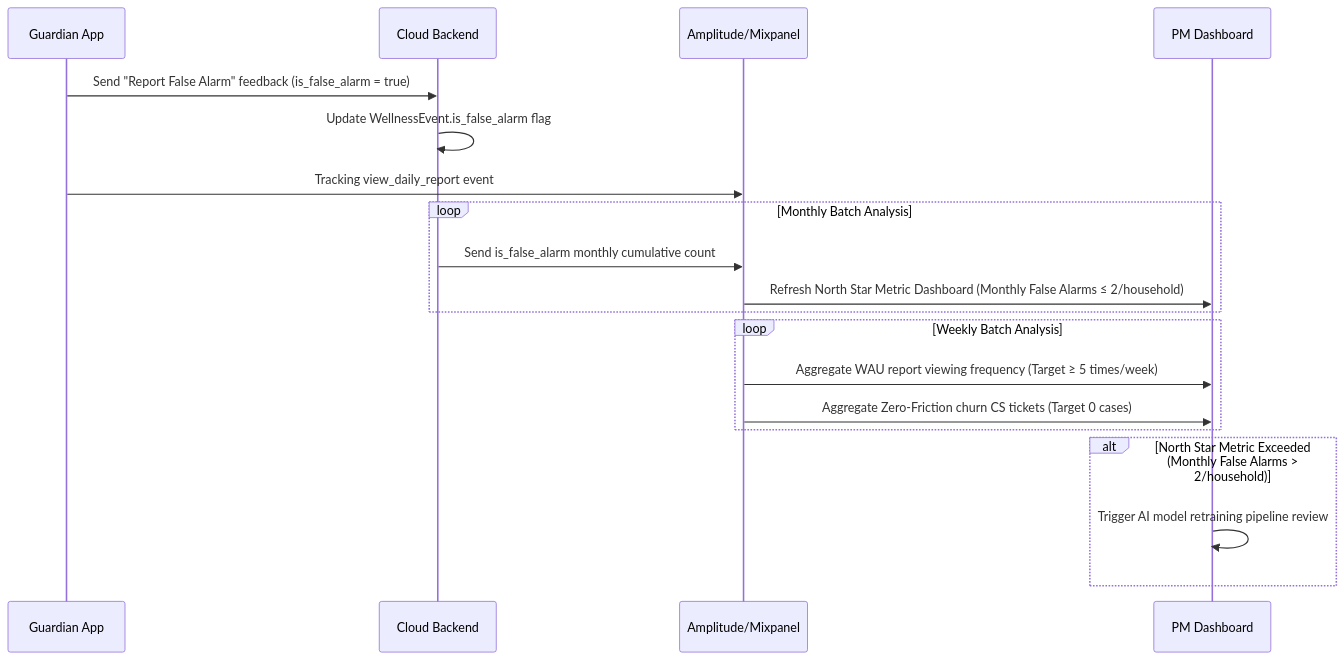
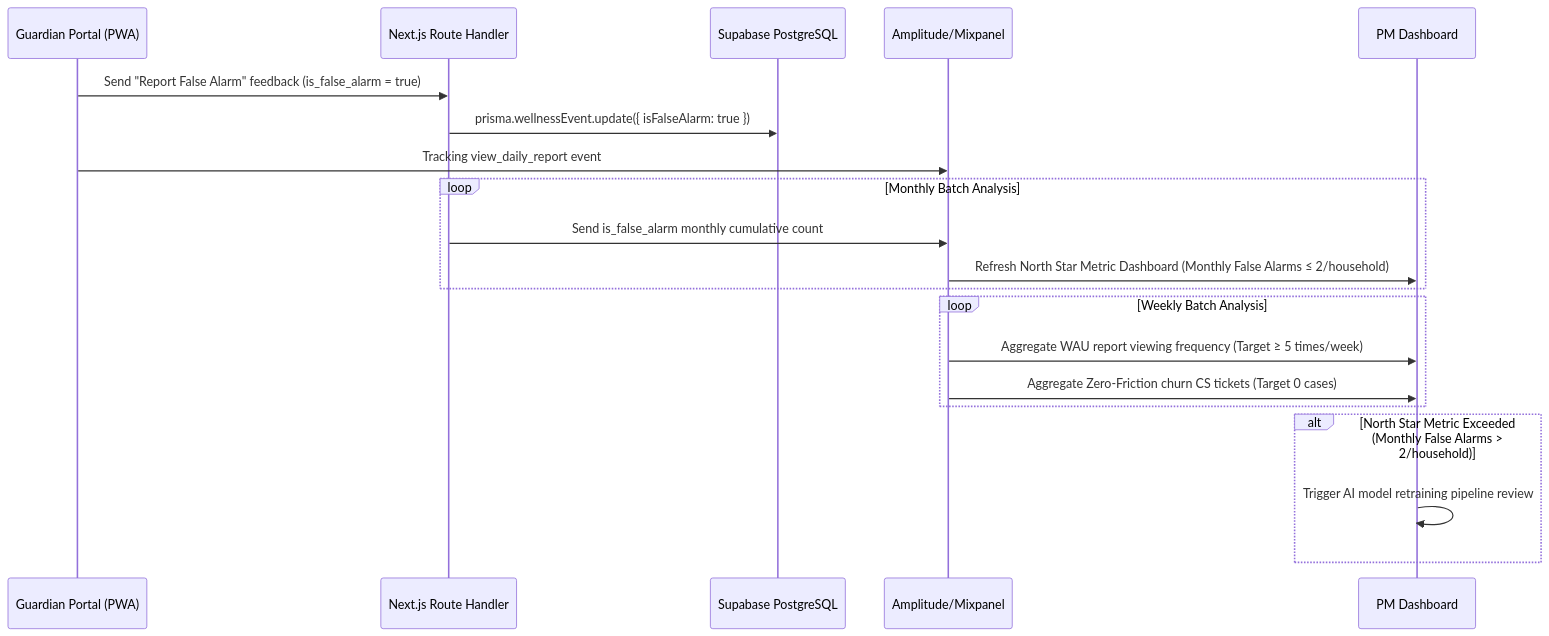
One commit to bugsmile/SRS-from-PRD_AmbieCARE changed the third of 11 diagrams in SRS-Draft/SRS_v01(ENG_OPUS).md. Above: the diagram before and after it, drawn with Mermaid. The commit also changed other lines of this file and 4 other files, not shown here.

````diff
--- a/SRS-Draft/SRS_v01(ENG_OPUS).md
+++ b/SRS-Draft/SRS_v01(ENG_OPUS).md
@@ -250,26 +317,27 @@
 ```mermaid
 sequenceDiagram
-    participant A as Guardian App
-    participant C as Cloud Backend
+    participant PWA as Guardian Portal (PWA)
+    participant API as Next.js Route Handler
+    participant DB as Supabase PostgreSQL
     participant AN as Amplitude/Mixpanel
     participant PM as PM Dashboard
 
-    A->>C: Send "Report False Alarm" feedback (is_false_alarm = true)
-    C->>C: Update WellnessEvent.is_false_alarm flag
+    PWA->>API: Send "Report False Alarm" feedback (is_false_alarm = true)
+    API->>DB: prisma.wellnessEvent.update({ isFalseAlarm: true })
 
-    A->>AN: Tracking view_daily_report event
+    PWA->>AN: Tracking view_daily_report event
 
     loop Monthly Batch Analysis
-        C->>AN: Send is_false_alarm monthly cumulative count
+        API->>AN: Send is_false_alarm monthly cumulative count
         AN->>PM: Refresh North Star Metric Dashboard (Monthly False Alarms ≤ 2/household)
     end
 
     loop Weekly Batch Analysis
         AN->>PM: Aggregate WAU report viewing frequency (Target ≥ 5 times/week)
         AN->>PM: Aggregate Zero-Friction churn CS tickets (Target 0 cases)
     end
 
     alt North Star Metric Exceeded (Monthly False Alarms > 2/household)
         PM->>PM: Trigger AI model retraining pipeline review
     end
 ```
````
